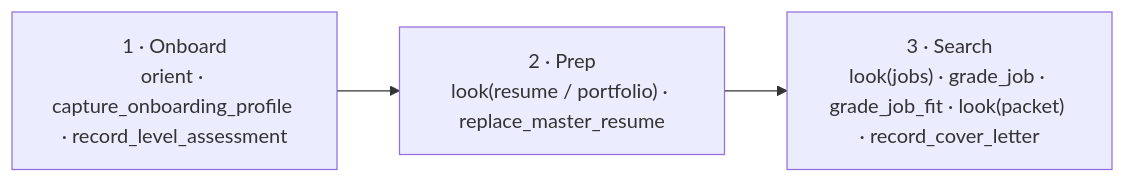
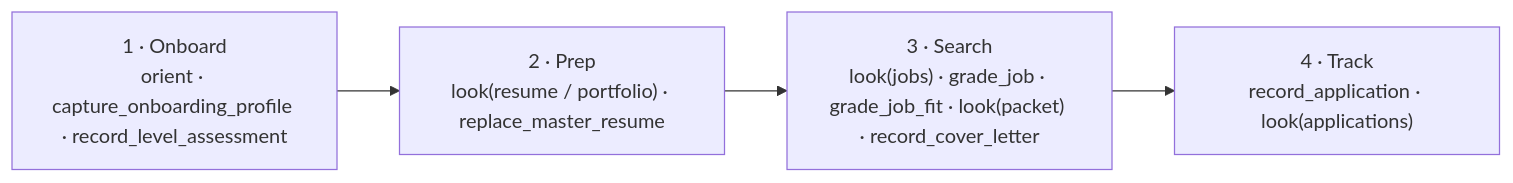
One commit to algorhythmic/jobbot9000 changed the third of 3 diagrams in README.md. Above: the diagram before and after it, drawn with Mermaid. The commit also changed other lines of this file and 5 other files, not shown here.

````diff
--- a/README.md
+++ b/README.md
@@ -76,7 +78,8 @@
 ```mermaid
 flowchart LR
   S1["1 · Onboard<br/>orient · capture_onboarding_profile · record_level_assessment"]
   S2["2 · Prep<br/>look(resume / portfolio) · replace_master_resume"]
   S3["3 · Search<br/>look(jobs) · grade_job · grade_job_fit · look(packet) · record_cover_letter"]
-  S1 --> S2 --> S3
+  S4["4 · Track<br/>record_application · look(applications)"]
+  S1 --> S2 --> S3 --> S4
 ```
````
